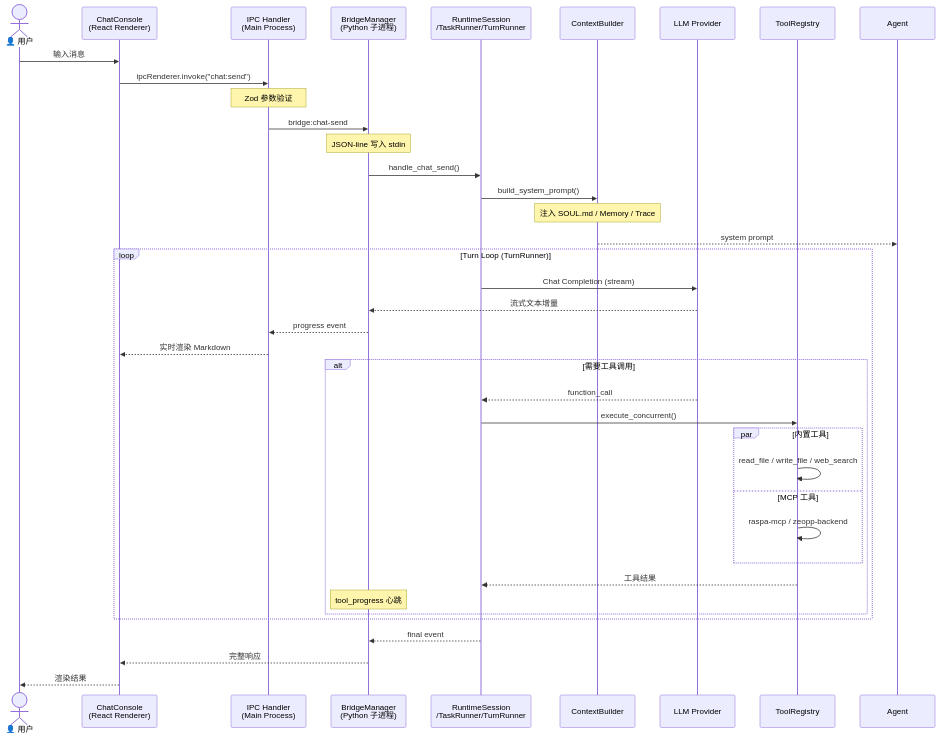
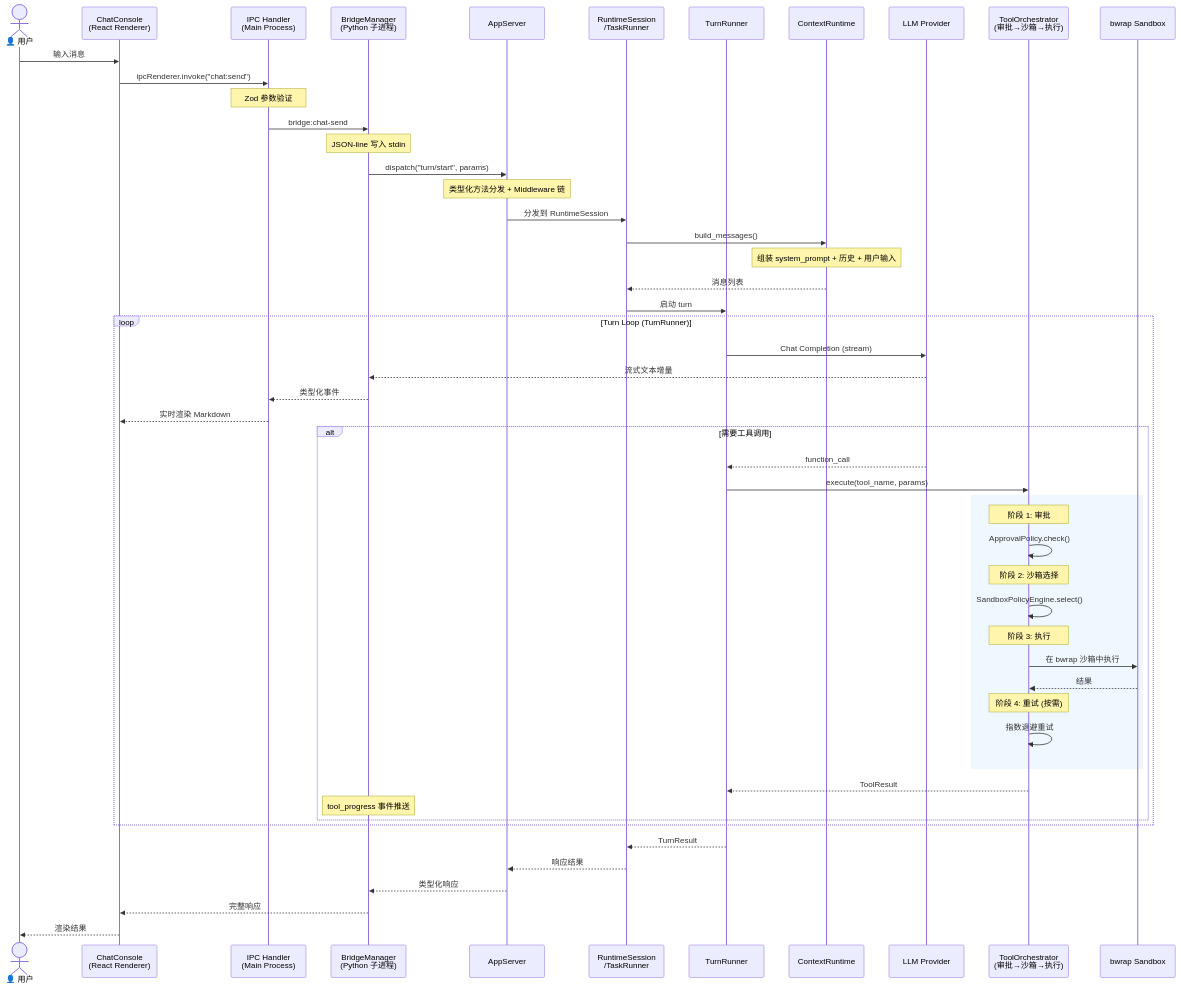
One commit to 14790897/MiQi changed the diagram in docs/architecture/data-flow.md. Above: the diagram before and after it, drawn with Mermaid. The commit also changed other lines of this file and 12 other files, not shown here.

````diff
--- a/docs/architecture/data-flow.md
+++ b/docs/architecture/data-flow.md
@@ -5,47 +5,63 @@
 ```mermaid
 sequenceDiagram
     actor User as 👤 用户
     participant ChatConsole as ChatConsole<br/>(React Renderer)
     participant IPC as IPC Handler<br/>(Main Process)
     participant Bridge as BridgeManager<br/>(Python 子进程)
-    participant Runtime as RuntimeSession<br/>/TaskRunner/TurnRunner
-    participant Context as ContextBuilder
+    participant AppServer as AppServer
+    participant Runtime as RuntimeSession<br/>/TaskRunner
+    participant TurnRunner as TurnRunner
+    participant ContextRuntime as ContextRuntime
     participant LLM as LLM Provider
-    participant Tools as ToolRegistry
+    participant Orchestrator as ToolOrchestrator<br/>(审批→沙箱→执行)
+    participant Sandbox as bwrap Sandbox
 
     User->>ChatConsole: 输入消息
     ChatConsole->>IPC: ipcRenderer.invoke("chat:send")
     Note over IPC: Zod 参数验证
     IPC->>Bridge: bridge:chat-send
     Note over Bridge: JSON-line 写入 stdin
 
-    Bridge->>Runtime: handle_chat_send()
-    Runtime->>Context: build_system_prompt()
-    Note over Context: 注入 SOUL.md / Memory / Trace
-    Context-->>Agent: system prompt
+    Bridge->>AppServer: dispatch("turn/start", params)
+    Note over AppServer: 类型化方法分发 + Middleware 链
+    AppServer->>Runtime: 分发到 RuntimeSession
+
+    Runtime->>ContextRuntime: build_messages()
+    Note over ContextRuntime: 组装 system_prompt + 历史 + 用户输入
+    ContextRuntime-->>Runtime: 消息列表
+
+    Runtime->>TurnRunner: 启动 turn
 
     loop Turn Loop (TurnRunner)
-        Runtime->>LLM: Chat Completion (stream)
+        TurnRunner->>LLM: Chat Completion (stream)
         LLM-->>Bridge: 流式文本增量
-        Bridge-->>IPC: progress event
+        Bridge-->>IPC: 类型化事件
         IPC-->>ChatConsole: 实时渲染 Markdown
 
         alt 需要工具调用
-            LLM-->>Runtime: function_call
-            Runtime->>Tools: execute_concurrent()
+            LLM-->>TurnRunner: function_call
+            TurnRunner->>Orchestrator: execute(tool_name, params)
 
-            par 内置工具
-                Tools->>Tools: read_file / write_file / web_search
-            and MCP 工具
-                Tools->>Tools: raspa-mcp / zeopp-backend
+            rect rgb(240, 248, 255)
+                Note over Orchestrator: 阶段 1: 审批
+                Orchestrator->>Orchestrator: ApprovalPolicy.check()
+                Note over Orchestrator: 阶段 2: 沙箱选择
+                Orchestrator->>Orchestrator: SandboxPolicyEngine.select()
+                Note over Orchestrator: 阶段 3: 执行
+                Orchestrator->>Sandbox: 在 bwrap 沙箱中执行
+                Sandbox-->>Orchestrator: 结果
+                Note over Orchestrator: 阶段 4: 重试 (按需)
+                Orchestrator->>Orchestrator: 指数退避重试
             end
 
-            Tools-->>Runtime: 工具结果
-            Note over Bridge: tool_progress 心跳
+            Orchestrator-->>TurnRunner: ToolResult
+            Note over Bridge: tool_progress 事件推送
         end
     end
 
-    Runtime-->>Bridge: final event
+    TurnRunner-->>Runtime: TurnResult
+    Runtime-->>AppServer: 响应结果
+    AppServer-->>Bridge: 类型化响应
     Bridge-->>ChatConsole: 完整响应
     ChatConsole-->>User: 渲染结果
 ```
````
